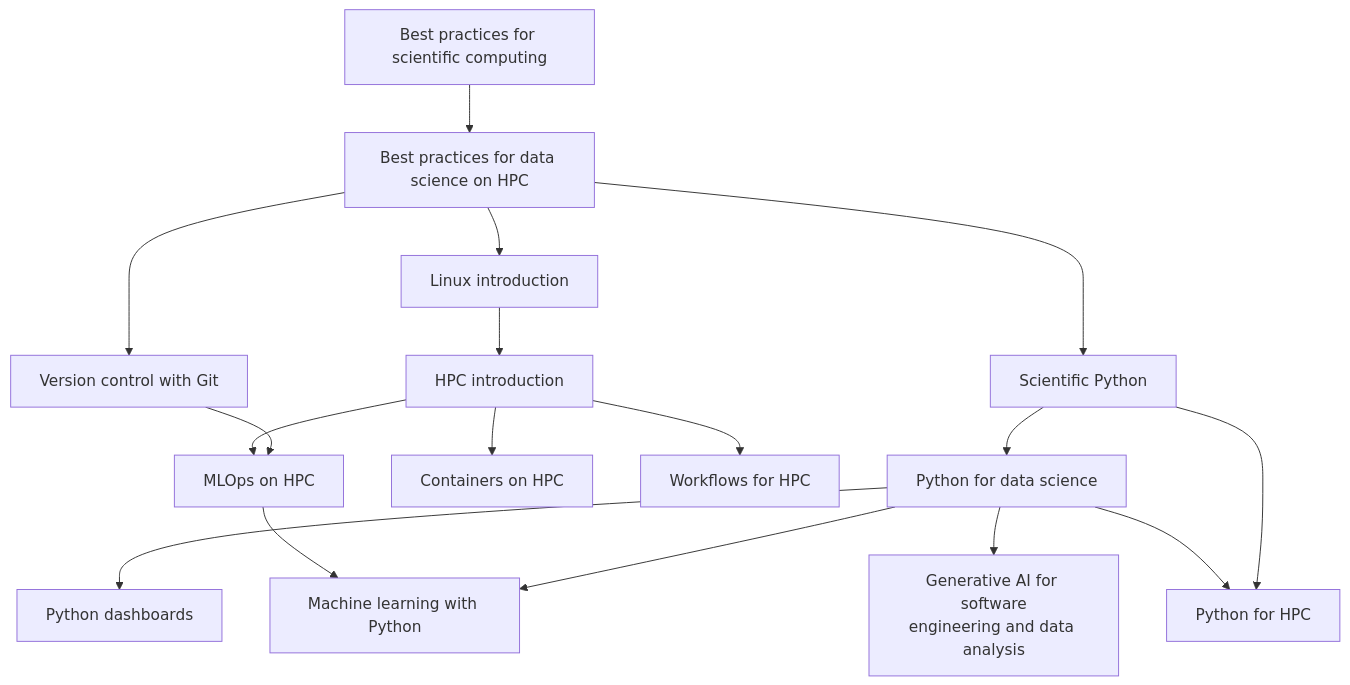
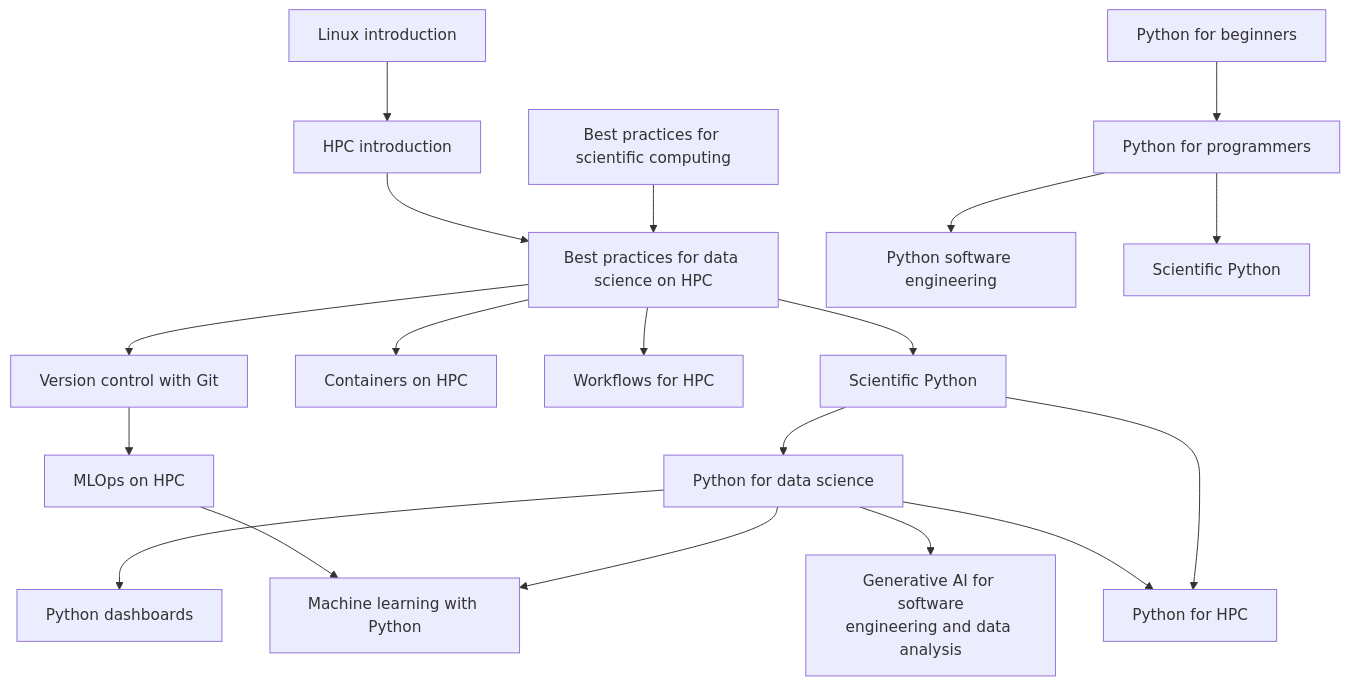
Before and after one commit to gjbex/Training-sessions: the diagram in docs/learning_path_data_science.md, drawn with Mermaid.

Commit message:
Reorganize learning path

````diff
--- a/docs/learning_path_data_science.md
+++ b/docs/learning_path_data_science.md
@@ -6,33 +6,38 @@
 ```mermaid
 graph TD
   Best_practices_for_scientific_computing[Best practices for scientific computing] --> Best_practices_for_data_science_on_HPC[Best practices for data science on HPC]
+  Linux_intro[Linux introduction] --> HPC_intro[HPC introduction]
+  HPC_intro --> Best_practices_for_data_science_on_HPC
   Best_practices_for_data_science_on_HPC --> Version_control_with_git[Version control with Git]
   Version_control_with_git --> MLOps_on_HPC[MLOps on HPC]
-  Best_practices_for_data_science_on_HPC[Best practices for data science on HPC] --> Linux_intro[Linux introduction]
-  Linux_intro --> HPC_intro[HPC introduction]
-  HPC_intro --> Containers_on_HPC[Containers on HPC]
-  HPC_intro --> Workflows_for_HPC[Workflows for HPC]
-  HPC_intro --> MLOps_on_HPC
+  Best_practices_for_data_science_on_HPC --> Containers_on_HPC[Containers on HPC]
+  Best_practices_for_data_science_on_HPC --> Workflows_for_HPC[Workflows for HPC]
   Best_practices_for_data_science_on_HPC --> Scientific_python[Scientific Python]
+  Python_for_beginners[Python for beginners] --> Python_for_programmers[Python for programmers]
+  Python_for_programmers --> Python_software_engineering[Python software engineering]
+  Python_for_programmers --> Scientific_Python[Scientific Python]
   Scientific_python --> Python_for_data_science[Python for data science]
   Python_for_data_science --> Python_dashboards[Python dashboards]
   Scientific_python --> Python_for_HPC[Python for HPC]
   Python_for_data_science --> Python_for_HPC
   Python_for_data_science --> Generative_ai_for_software_engineering_and_data_analysis[Generative AI for software\nengineering and data analysis]
   Python_for_data_science --> Machine_learning_with_Python[Machine learning with Python]
   MLOps_on_HPC --> Machine_learning_with_Python
   click Best_practices_for_scientific_computing "https://gjbex.github.io/Best-practices-for-scientific-computing/" "Best practices for scientific computing"
   click Best_practices_for_data_science_on_HPC "https://gjbex.github.io/Best-practices-for-data-science-on-HPC/" "Best practices for data science on HPC"
   click Linux_intro "https://gjbex.github.io/Training-sessions/linux_intro" "Linux introduction"
   click HPC_intro "https://gjbex.github.io/Training-sessions/hpc_intro" "HPC introduction"
   click Containers_on_HPC "https://gjbex.github.io/Containers-for-HPC/" "Containers on HPC"
   click Workflows_for_HPC "https://gjbex.github.io/Workflows-for-HPC/" "Workflows for HPC"
   click MLOps_on_HPC "https://gjbex.github.io/MLOps-on-HPC/" "MLOps on HPC"
+  click Python_for_beginners "https://gjbex.github.io/Python-for-beginners/" "Python for beginners"
+  click Python_for_programmers "https://gjbex.github.io/Python-for-programmers/" "Python for programmers"
+  click Python_software_engineering "https://gjbex.github.io/Python-software-engineering/" "Python software engineering"
   click Scientific_python "https://gjbex.github.io/Scientific-Python/" "Scientific Python"
   click Generative_ai_for_software_engineering_and_data_analysis "https://gjbex.github.io/Training-sessions/generative_ai_for_software_engineering_and_data_analysis" "Generative AI for software engineering and data analysis"
   click Machine_learning_with_Python "https://gjbex.github.io/Training-sessions/machine_learning_with_python" "Machine learning with Python"
   click MLOps_on_HPC "https://gjbex.github.io/Training-sessions/mlops_on_hpc" "MLOps on HPC"
   click Python_dashboards "https://gjbex.github.io/Python-dashboards/" "Python dashboards"
   click Python_for_HPC "https://gjbex.github.io/Python-for-HPC/" "Python for HPC"
   click Python_for_data_science "https://gjbex.github.io/Python-for-data-science/" "Python for data science"
 ```
````
